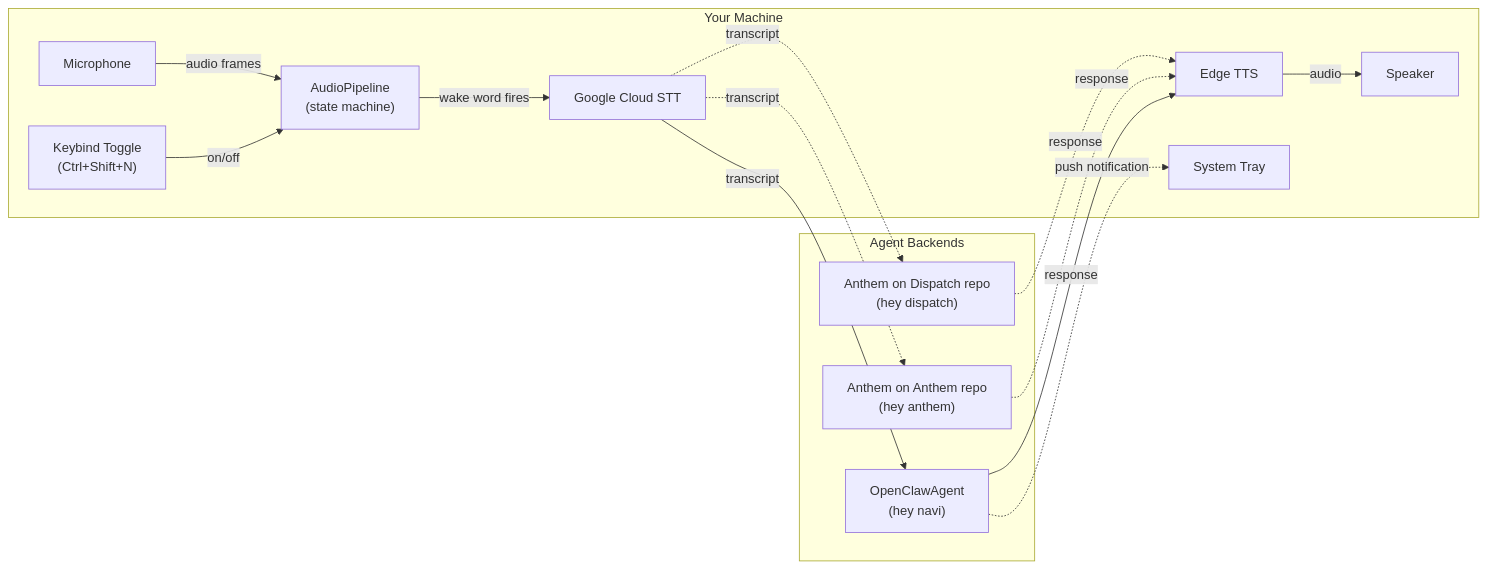
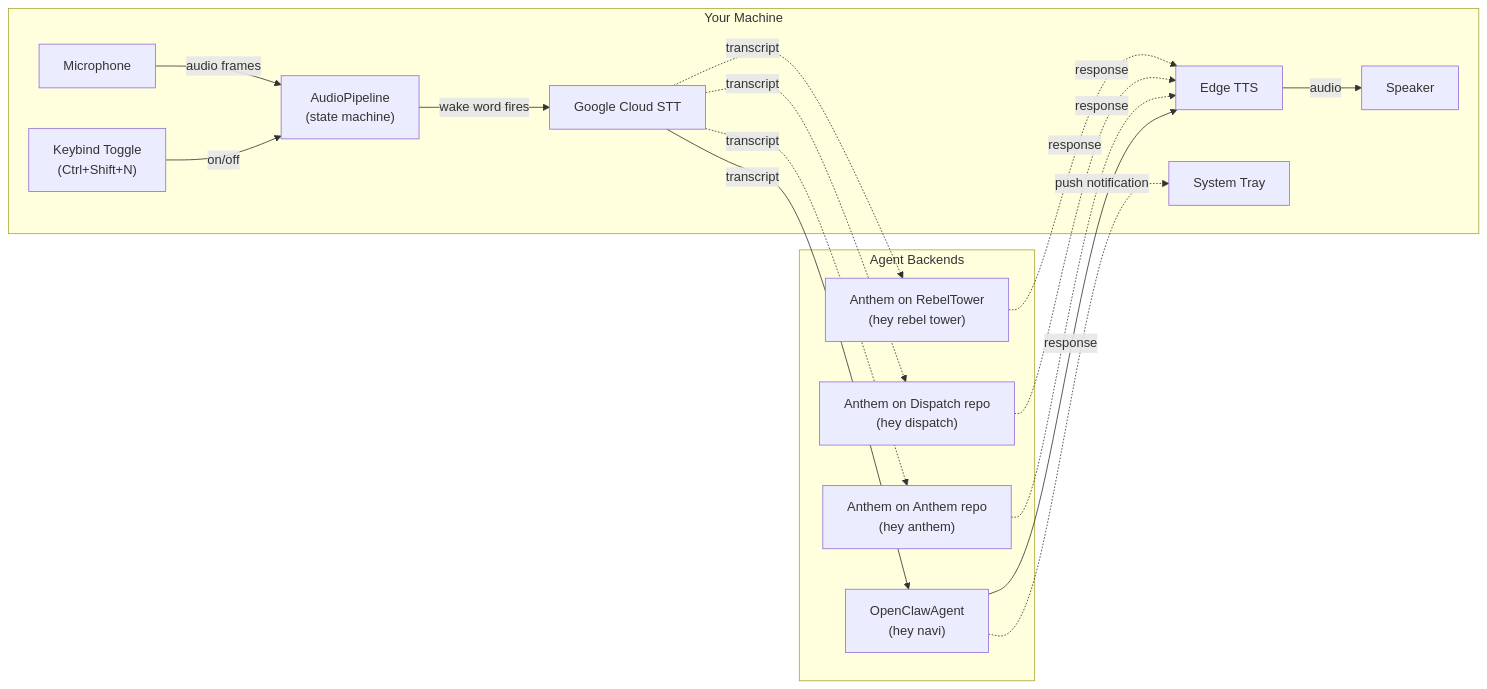
Before and after one commit to rauriemo/dispatch: the first of 2 diagrams in README.md, drawn with Mermaid. The commit also changed other lines of this file and 3 other files, not shown here.

First line of the commit message:
Add RebelTower agent and rename dispatch-dev to dispatch

````diff
--- a/README.md
+++ b/README.md
@@ -53,30 +53,33 @@
 ```mermaid
 flowchart LR
   subgraph local ["Your Machine"]
     Hotkey["Keybind Toggle\n(Ctrl+Shift+N)"]
     Mic["Microphone"]
     Pipeline["AudioPipeline\n(state machine)"]
     STT["Google Cloud STT"]
     TTS["Edge TTS"]
     Speaker["Speaker"]
     Tray["System Tray"]
   end
 
   subgraph agents ["Agent Backends"]
     Navi["OpenClawAgent\n(hey navi)"]
     Anthem["Anthem on Anthem repo\n(hey anthem)"]
-    DispatchDev["Anthem on Dispatch repo\n(hey dispatch)"]
+    Dispatch["Anthem on Dispatch repo\n(hey dispatch)"]
+    RebelTower["Anthem on RebelTower\n(hey rebel tower)"]
   end
 
   Hotkey -->|"on/off"| Pipeline
   Mic -->|"audio frames"| Pipeline
   Pipeline -->|"wake word fires"| STT
   STT -->|"transcript"| Navi
   STT -.->|"transcript"| Anthem
-  STT -.->|"transcript"| DispatchDev
+  STT -.->|"transcript"| Dispatch
+  STT -.->|"transcript"| RebelTower
   Navi -->|"response"| TTS
   Anthem -.->|"response"| TTS
-  DispatchDev -.->|"response"| TTS
+  Dispatch -.->|"response"| TTS
+  RebelTower -.->|"response"| TTS
   TTS -->|"audio"| Speaker
   Navi -.->|"push notification"| Tray
 ```
````
